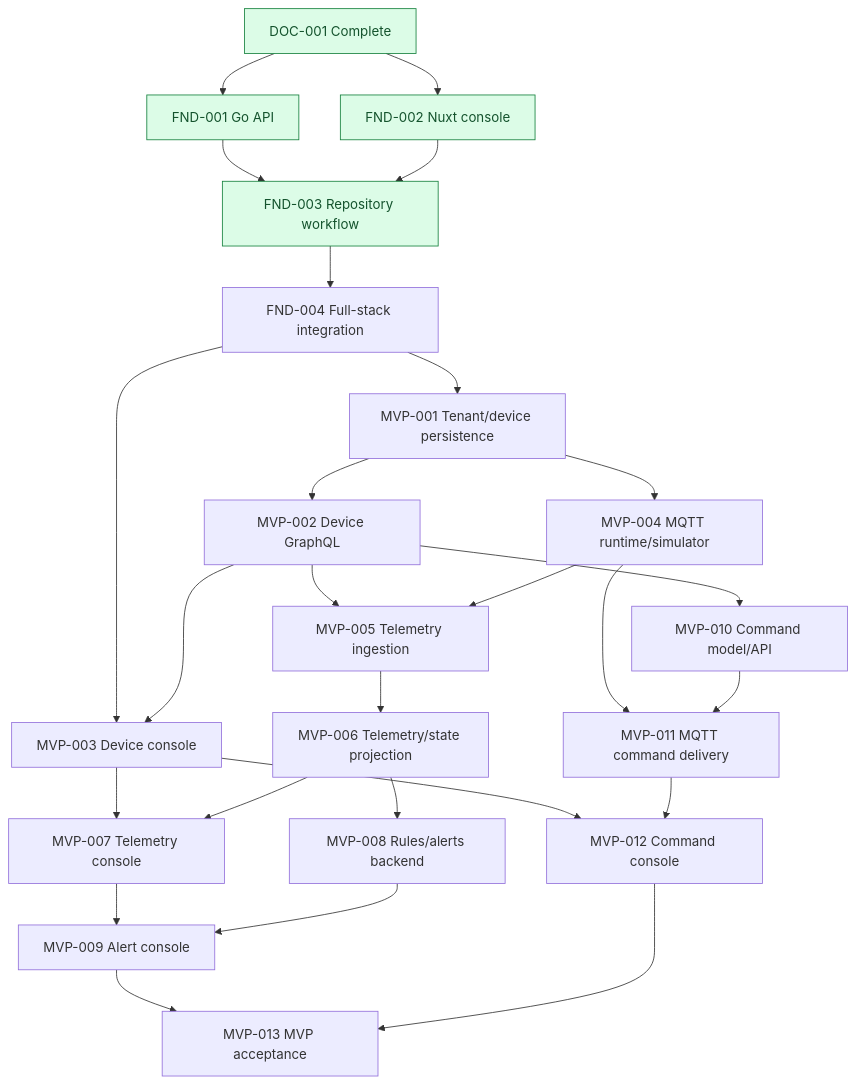
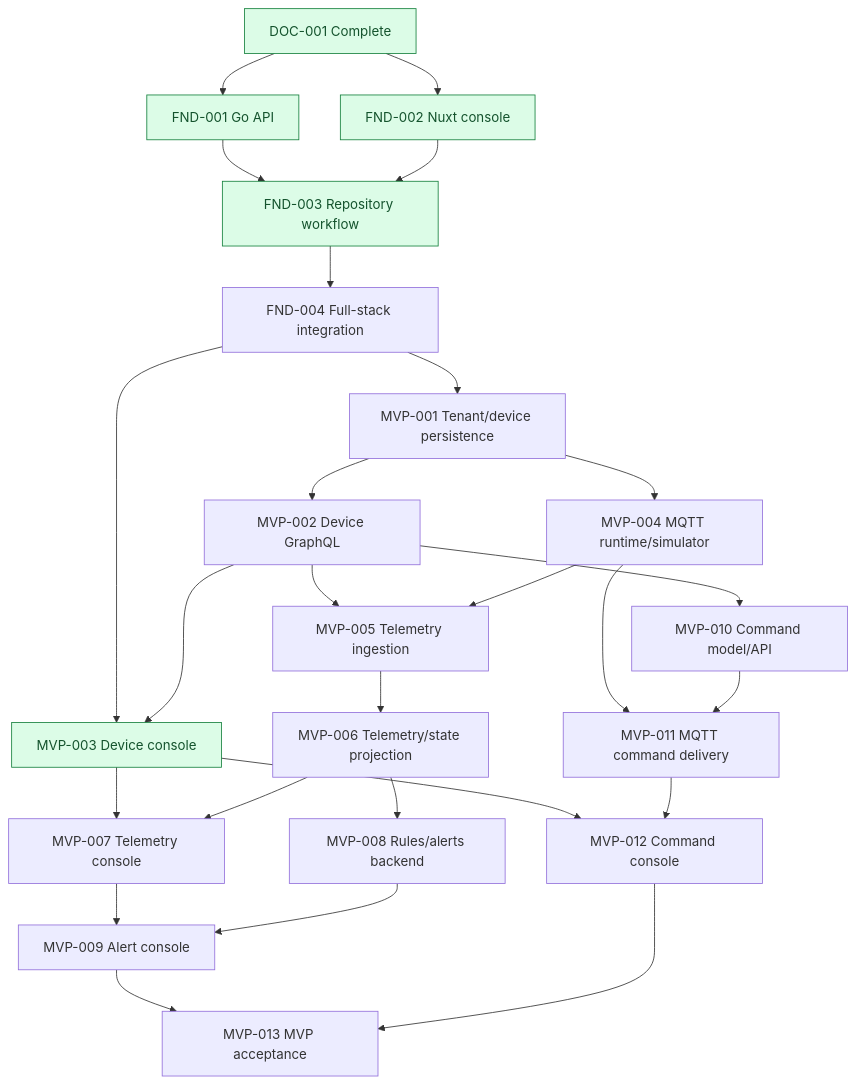
Before and after one commit to methat-ruk/pulsegrid: the second of 2 diagrams in docs/roadmap/roadmap.md, drawn with Mermaid. The commit also changed other lines of this file and 32 other files, not shown here.

````diff
--- a/docs/roadmap/roadmap.md
+++ b/docs/roadmap/roadmap.md
@@ -49,39 +49,41 @@
 ```mermaid
 flowchart TD
     DOC001[DOC-001 Complete] --> FND001[FND-001 Go API]
     DOC001 --> FND002[FND-002 Nuxt console]
     FND001 --> FND003[FND-003 Repository workflow]
     FND002 --> FND003
     FND003 --> FND004[FND-004 Full-stack integration]
 
     FND004 --> MVP001[MVP-001 Tenant/device persistence]
     MVP001 --> MVP002[MVP-002 Device GraphQL]
     FND004 --> MVP003[MVP-003 Device console]
     MVP002 --> MVP003
 
     MVP001 --> MVP004[MVP-004 MQTT runtime/simulator]
     MVP002 --> MVP005[MVP-005 Telemetry ingestion]
     MVP004 --> MVP005
     MVP005 --> MVP006[MVP-006 Telemetry/state projection]
     MVP003 --> MVP007[MVP-007 Telemetry console]
     MVP006 --> MVP007
 
     MVP006 --> MVP008[MVP-008 Rules/alerts backend]
     MVP007 --> MVP009[MVP-009 Alert console]
     MVP008 --> MVP009
 
     MVP002 --> MVP010[MVP-010 Command model/API]
     MVP004 --> MVP011[MVP-011 MQTT command delivery]
     MVP010 --> MVP011
     MVP003 --> MVP012[MVP-012 Command console]
     MVP011 --> MVP012
 
     MVP009 --> MVP013[MVP-013 MVP acceptance]
     MVP012 --> MVP013
 
     classDef complete fill:#DCFCE7,stroke:#15803D,color:#14532D;
+    classDef progress fill:#FEF3C7,stroke:#B45309,color:#78350F;
     class DOC001 complete;
     class FND001 complete;
     class FND002 complete;
     class FND003 complete;
+    class MVP003 complete;
 ```
````
